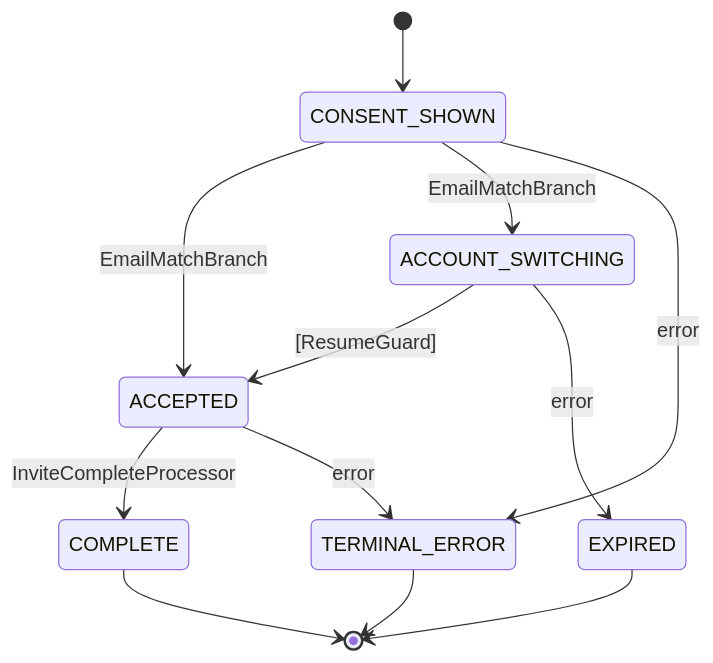
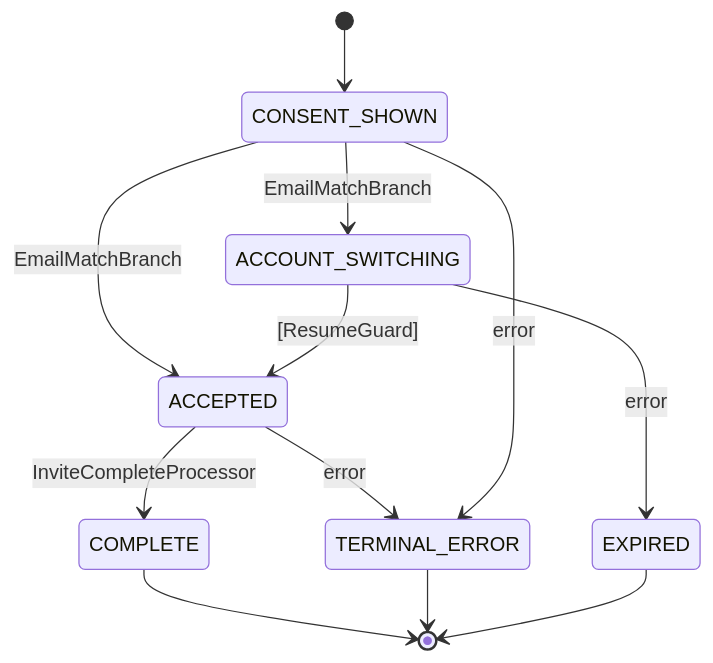
One commit to opaopa6969/volta-auth-proxy changed the diagram in docs/diagrams/flow-invite.mmd. Above: the diagram before and after it, drawn with Mermaid. The commit also changed other lines of this file and 15 other files, not shown here.

```diff
--- a/docs/diagrams/flow-invite.mmd
+++ b/docs/diagrams/flow-invite.mmd
@@ -1,12 +1,12 @@
 stateDiagram-v2
     [*] --> CONSENT_SHOWN
     CONSENT_SHOWN --> ACCEPTED : EmailMatchBranch
     CONSENT_SHOWN --> ACCOUNT_SWITCHING : EmailMatchBranch
     ACCOUNT_SWITCHING --> ACCEPTED : [ResumeGuard]
     ACCEPTED --> COMPLETE : InviteCompleteProcessor
+    ACCEPTED --> TERMINAL_ERROR : error
     CONSENT_SHOWN --> TERMINAL_ERROR : error
-    ACCEPTED --> TERMINAL_ERROR : error
     ACCOUNT_SWITCHING --> EXPIRED : error
     COMPLETE --> [*]
     TERMINAL_ERROR --> [*]
     EXPIRED --> [*]
```
